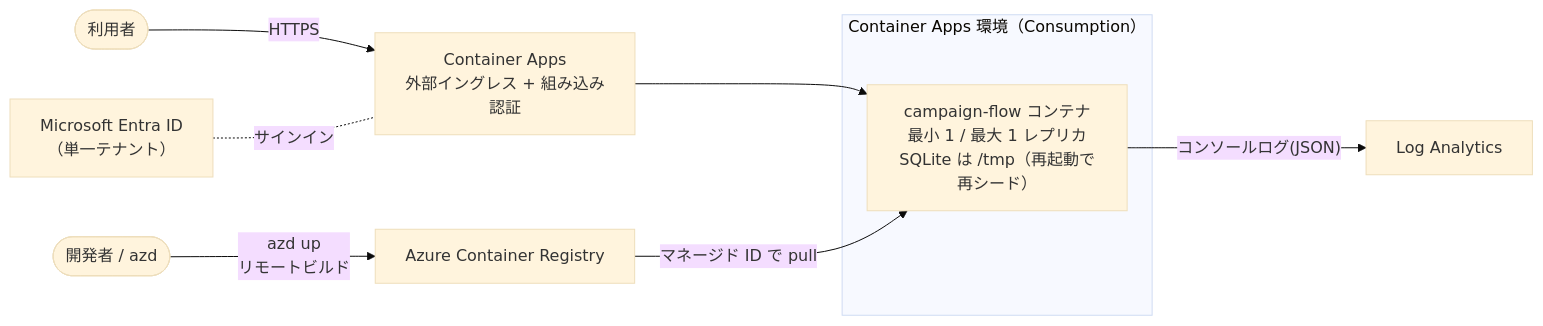
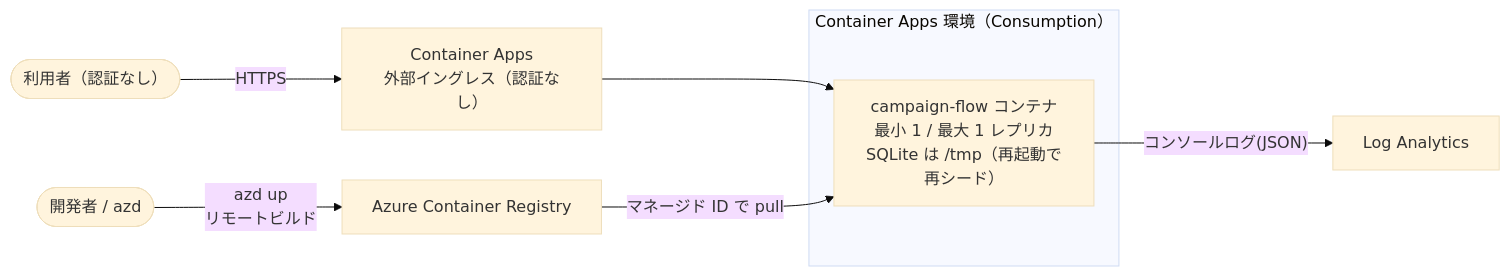
The second of 2 diagrams in README.md (dahatake/MicrosoftAdvertising-PartnerAward2026-Demo), drawn with Mermaid (base theme) before and after one commit. The commit also changed other lines of this file and 11 other files, not shown here.

First line of the commit message:
Refactor Azure Container Apps deployment to remove built-in authentication

````diff
--- a/README.md
+++ b/README.md
@@ -185,12 +185,11 @@
 ```mermaid
 flowchart LR
-  user(["利用者"]) -->|HTTPS| ingress["Container Apps<br/>外部イングレス + 組み込み認証"]
-  entra["Microsoft Entra ID<br/>（単一テナント）"] -. "サインイン" .- ingress
+  user(["利用者（認証なし）"]) -->|HTTPS| ingress["Container Apps<br/>外部イングレス（認証なし）"]
   subgraph cae["Container Apps 環境（Consumption）"]
     app["campaign-flow コンテナ<br/>最小 1 / 最大 1 レプリカ<br/>SQLite は /tmp（再起動で再シード）"]
   end
   ingress --> app
   acr["Azure Container Registry"] -->|"マネージド ID で pull"| app
   app -->|"コンソールログ(JSON)"| law["Log Analytics"]
   dev(["開発者 / azd"]) -->|"azd up<br/>リモートビルド"| acr
 ```
````
